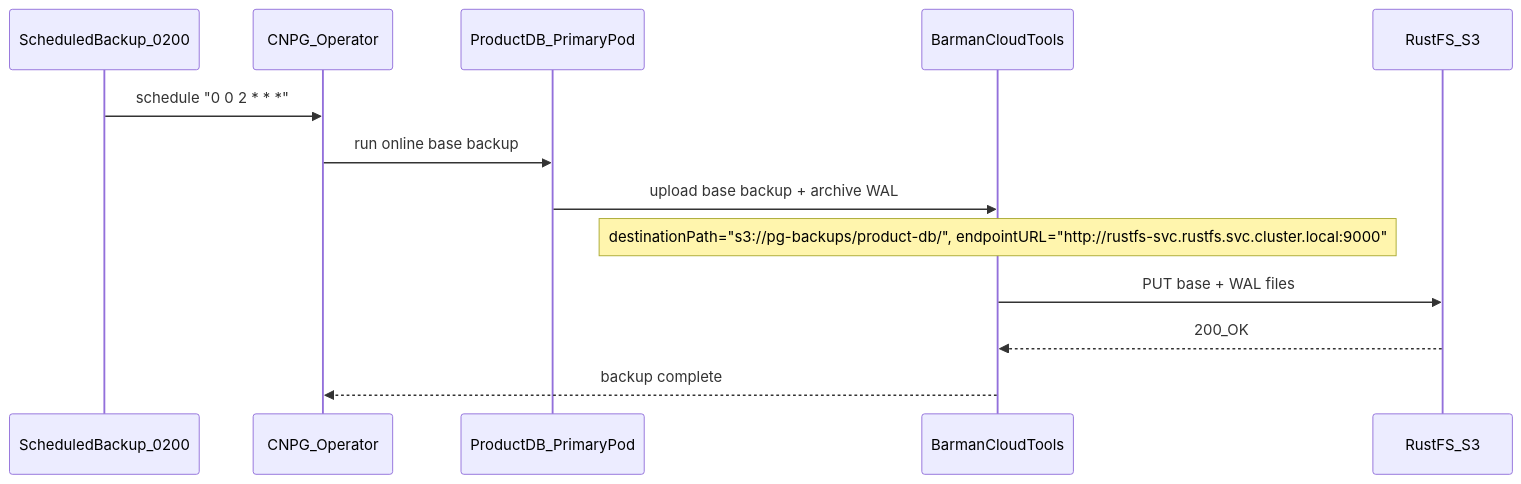
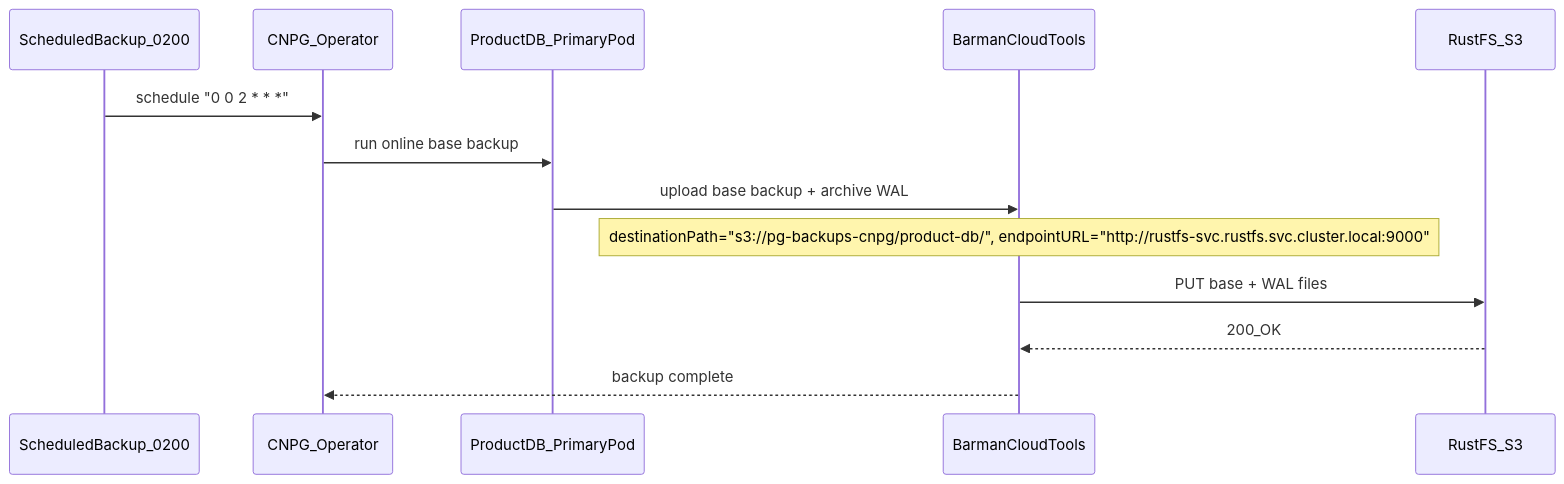
The first of 4 diagrams in docs/databases/backup.md (duynhlab/homelab), drawn with Mermaid before and after one commit. The commit also changed other lines of this file and 12 other files, not shown here.

````diff
--- a/docs/databases/backup.md
+++ b/docs/databases/backup.md
@@ -49,16 +49,16 @@
 ```mermaid
 sequenceDiagram
   participant Sched as ScheduledBackup_0200
   participant CNPGOp as CNPG_Operator
   participant Primary as ProductDB_PrimaryPod
   participant Barman as BarmanCloudTools
   participant RustFS as RustFS_S3
 
   Sched->>CNPGOp: schedule "0 0 2 * * *"
   CNPGOp->>Primary: run online base backup
   Primary->>Barman: upload base backup + archive WAL
-  Note over Barman: destinationPath="s3://pg-backups/product-db/", endpointURL="http://rustfs-svc.rustfs.svc.cluster.local:9000"
+  Note over Barman: destinationPath="s3://pg-backups-cnpg/product-db/", endpointURL="http://rustfs-svc.rustfs.svc.cluster.local:9000"
   Barman->>RustFS: PUT base + WAL files
   RustFS-->>Barman: 200_OK
   Barman-->>CNPGOp: backup complete
 ```
````
